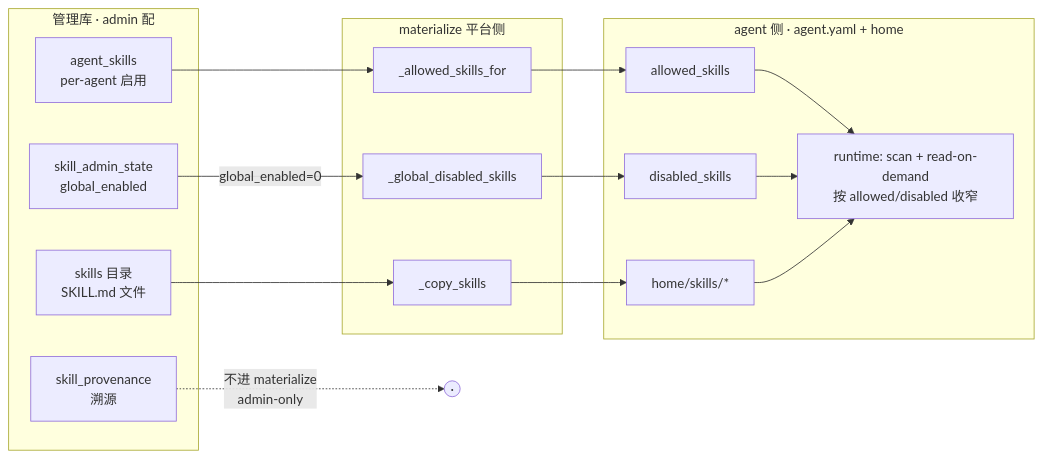
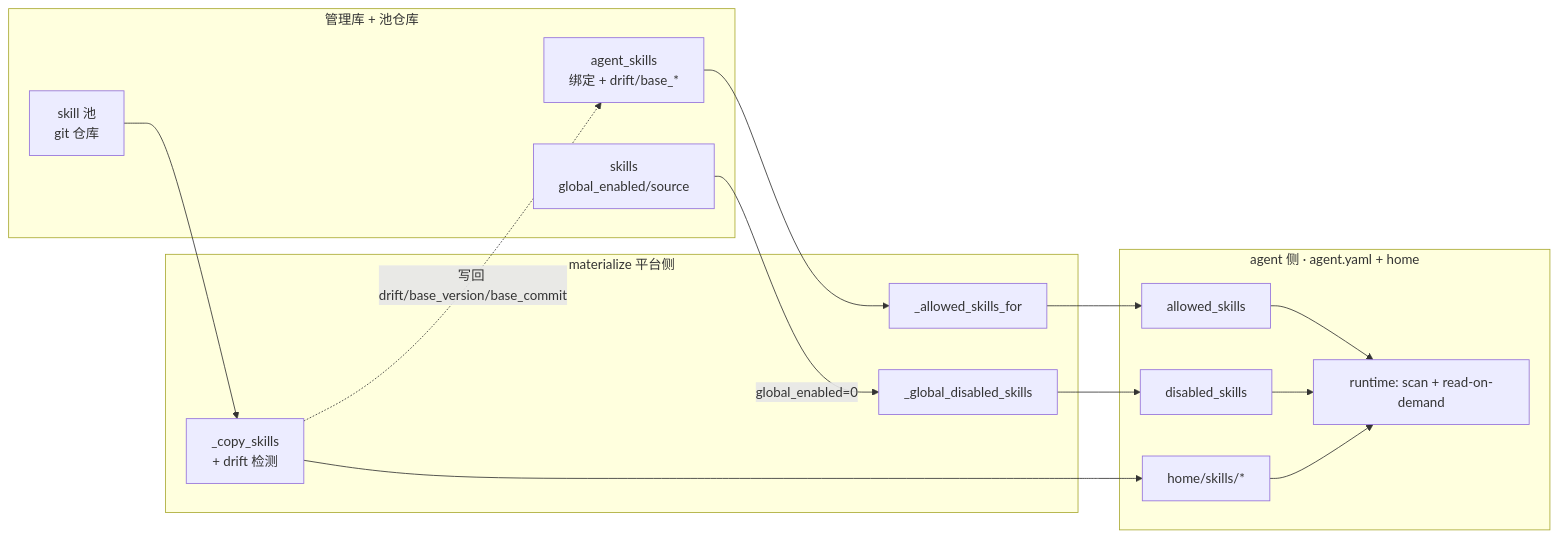
One commit to Summy2104/fleetent changed the diagram in docs/architecture/skill-system.md. Above: the diagram before and after it, drawn with Mermaid. The commit also changed other lines of this file and 2 other files, not shown here.

First line of the commit message:
docs(architecture): restructure subsystem docs — as-built vs frozen decision record

````diff
--- a/docs/architecture/skill-system.md
+++ b/docs/architecture/skill-system.md
@@ -48,24 +54,23 @@
 ```mermaid
 flowchart LR
-  subgraph 平台侧[管理库 · admin 配]
-    AS[agent_skills<br/>per-agent 启用]
-    SAS[skill_admin_state<br/>global_enabled]
-    SP[skill_provenance<br/>溯源]
-    FILES[skills 目录<br/>SKILL.md 文件]
+  subgraph 平台侧[管理库 + 池仓库]
+    SK[skills<br/>global_enabled/source]
+    AS[agent_skills<br/>绑定 + drift/base_*]
+    POOL[skill 池<br/>git 仓库]
   end
   subgraph MAT[materialize 平台侧]
     A1[_allowed_skills_for]
     A2[_global_disabled_skills]
-    A3[_copy_skills]
+    A3[_copy_skills<br/>+ drift 检测]
   end
   subgraph AGENT[agent 侧 · agent.yaml + home]
     AY1[allowed_skills]
     AY2[disabled_skills]
     HOME[home/skills/*]
-    RT[runtime: scan + read-on-demand<br/>按 allowed/disabled 收窄]
+    RT[runtime: scan + read-on-demand]
   end
   AS --> A1 --> AY1 --> RT
-  SAS -->|global_enabled=0| A2 --> AY2 --> RT
-  FILES --> A3 --> HOME --> RT
-  SP -.->|不进 materialize<br/>admin-only| X((·))
+  SK -->|global_enabled=0| A2 --> AY2 --> RT
+  POOL --> A3 --> HOME --> RT
+  A3 -.->|写回 drift/base_version/base_commit| AS
 ```
````
